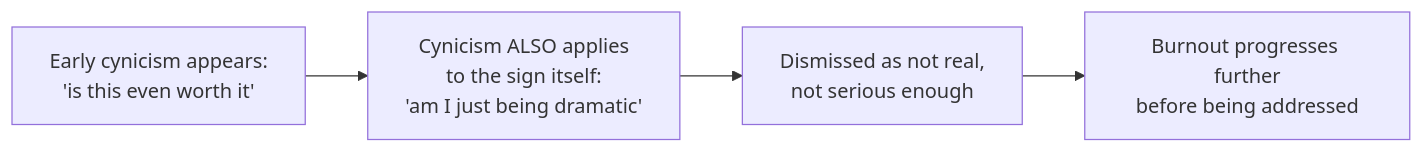
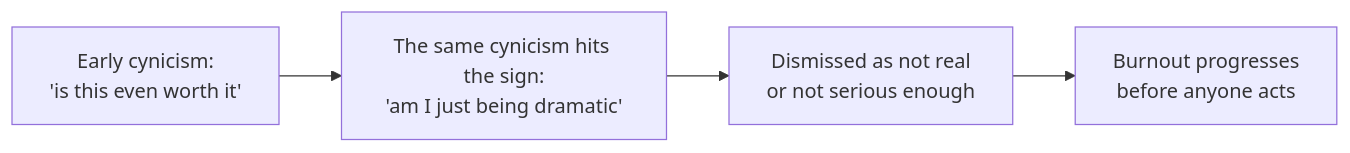
The second of 2 diagrams in src/content/sustainable-performance/early-warning-signs/L2-concept.mdx (francoandreDev/knowledge), drawn with Mermaid before and after one commit. The commit also changed other lines of this file and 17 other files, not shown here.

````diff
--- a/src/content/sustainable-performance/early-warning-signs/L2-concept.mdx
+++ b/src/content/sustainable-performance/early-warning-signs/L2-concept.mdx
@@ -46,6 +71,6 @@
 ```mermaid
 flowchart LR
-    EarlySign["Early cynicism appears:\n'is this even worth it'"] --> SelfDoubt["Cynicism ALSO applies\nto the sign itself:\n'am I just being dramatic'"]
-    SelfDoubt --> Dismiss["Dismissed as not real,\nnot serious enough"]
-    Dismiss --> Progress["Burnout progresses further\nbefore being addressed"]
+    E["Early cynicism:\n'is this even worth it'"] --> Q["The same cynicism hits the sign:\n'am I just being dramatic'"]
+    Q --> D["Dismissed as not real\nor not serious enough"]
+    D --> G["Burnout progresses\nbefore anyone acts"]
 ```
````
